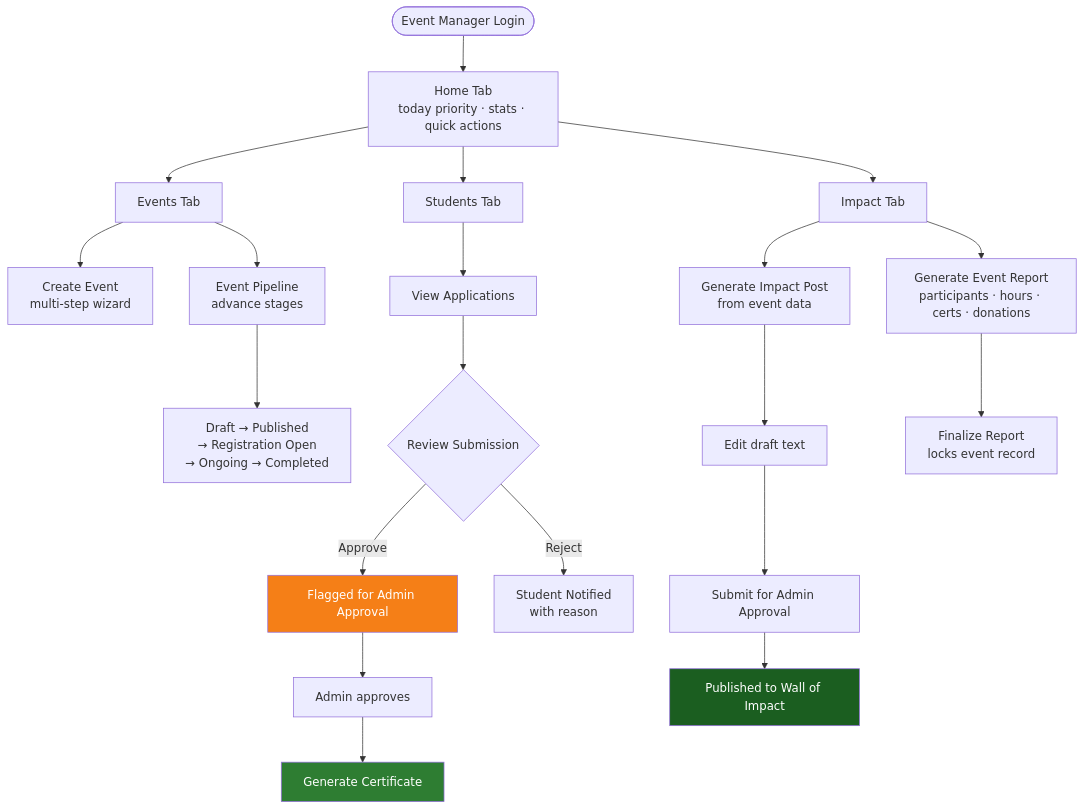
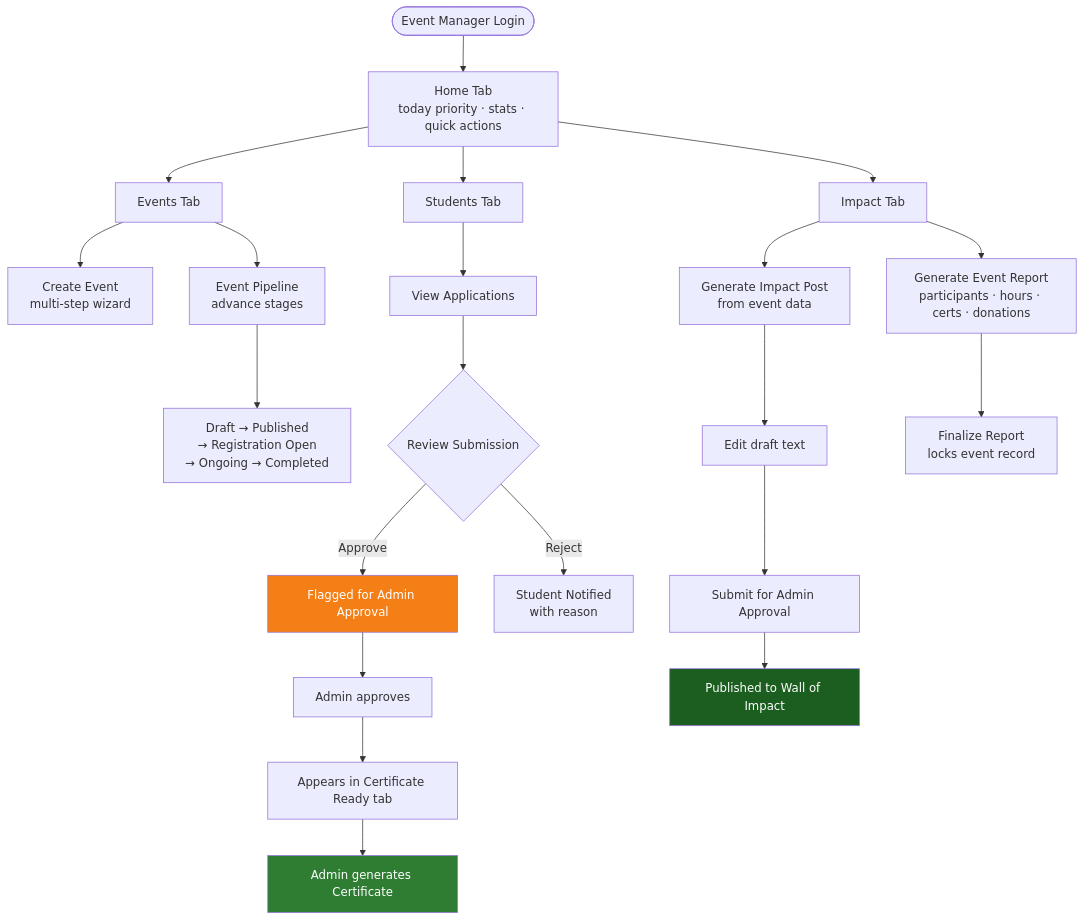
Before and after one commit to punjabiwelfare01/NGO_APP: diagram 11 of 15 in application_usage_guide.md, drawn with Mermaid. The commit also changed other lines of this file and 166 other files, not shown here.

````diff
--- a/application_usage_guide.md
+++ b/application_usage_guide.md
@@ -554,30 +635,31 @@
 ```mermaid
 flowchart TD
     LOGIN([Event Manager Login]) --> HOME[Home Tab\ntoday priority · stats · quick actions]
 
     HOME --> EVENTS[Events Tab]
     EVENTS --> CREATE[Create Event\nmulti-step wizard]
     EVENTS --> PIPE[Event Pipeline\nadvance stages]
     PIPE --> STAGES[Draft → Published\n→ Registration Open\n→ Ongoing → Completed]
 
     HOME --> STUDENTS[Students Tab]
     STUDENTS --> APPS[View Applications]
     APPS --> REVIEW{Review Submission}
     REVIEW -->|Approve| FLAG[Flagged for Admin Approval]
     REVIEW -->|Reject| NOTIF[Student Notified\nwith reason]
     FLAG --> ADMIN_OK[Admin approves]
-    ADMIN_OK --> GEN_CERT[Generate Certificate]
+    ADMIN_OK --> READY[Appears in Certificate Ready tab]
+    READY --> GEN_CERT[Admin generates Certificate]
 
     HOME --> IMPACT[Impact Tab]
     IMPACT --> AUTO[Generate Impact Post\nfrom event data]
     AUTO --> EDIT[Edit draft text]
     EDIT --> SUBMIT_ADM[Submit for Admin Approval]
     SUBMIT_ADM --> PUBLISH[Published to Wall of Impact]
 
     IMPACT --> REPORT[Generate Event Report\nparticipants · hours · certs · donations]
     REPORT --> FINALIZE[Finalize Report\nlocks event record]
 
     style FLAG  fill:#f57f17,color:#fff
     style PUBLISH fill:#1b5e20,color:#fff
     style GEN_CERT fill:#2e7d32,color:#fff
 ```
````
